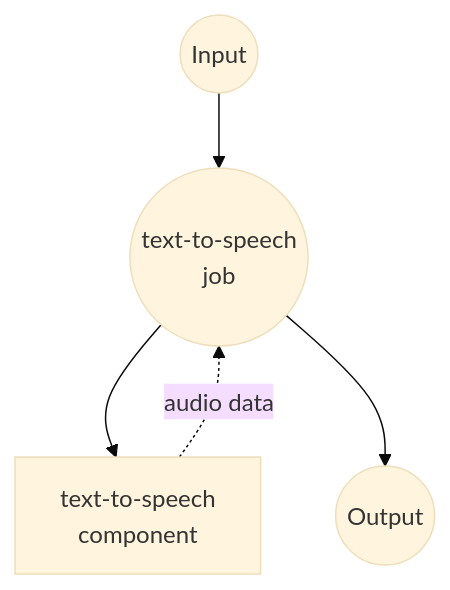
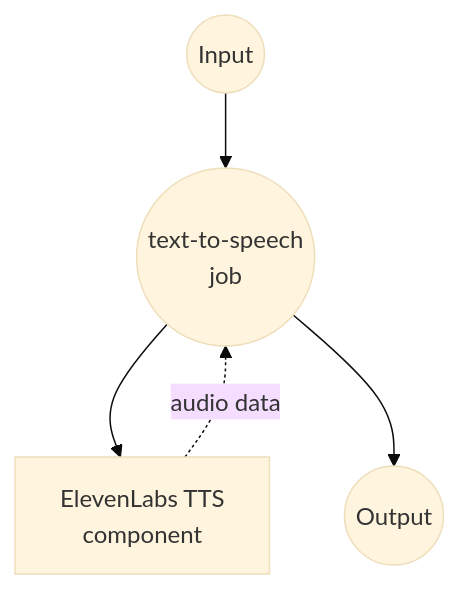
One commit to hanyeol/model-compose changed the diagram in examples/elevenlabs-text-to-speech/README.md. Above: the diagram before and after it, drawn with Mermaid (base theme). The commit also changed 21 other files, not shown here.

````diff
--- a/examples/elevenlabs-text-to-speech/README.md
+++ b/examples/elevenlabs-text-to-speech/README.md
@@ -93,16 +93,16 @@
 ```mermaid
 graph TD
     %% Jobs (circles)
     J1((text-to-speech<br/>job))
 
     %% Components (rectangles)
-    C1[text-to-speech<br/>component]
+    C1[ElevenLabs TTS<br/>component]
 
     %% Job to component connections (solid: invokes, dotted: returns)
     J1 --> C1
     C1 -.-> |audio data| J1
 
     %% Input/Output
     Input((Input)) --> J1
     J1 --> Output((Output))
 ```
````
